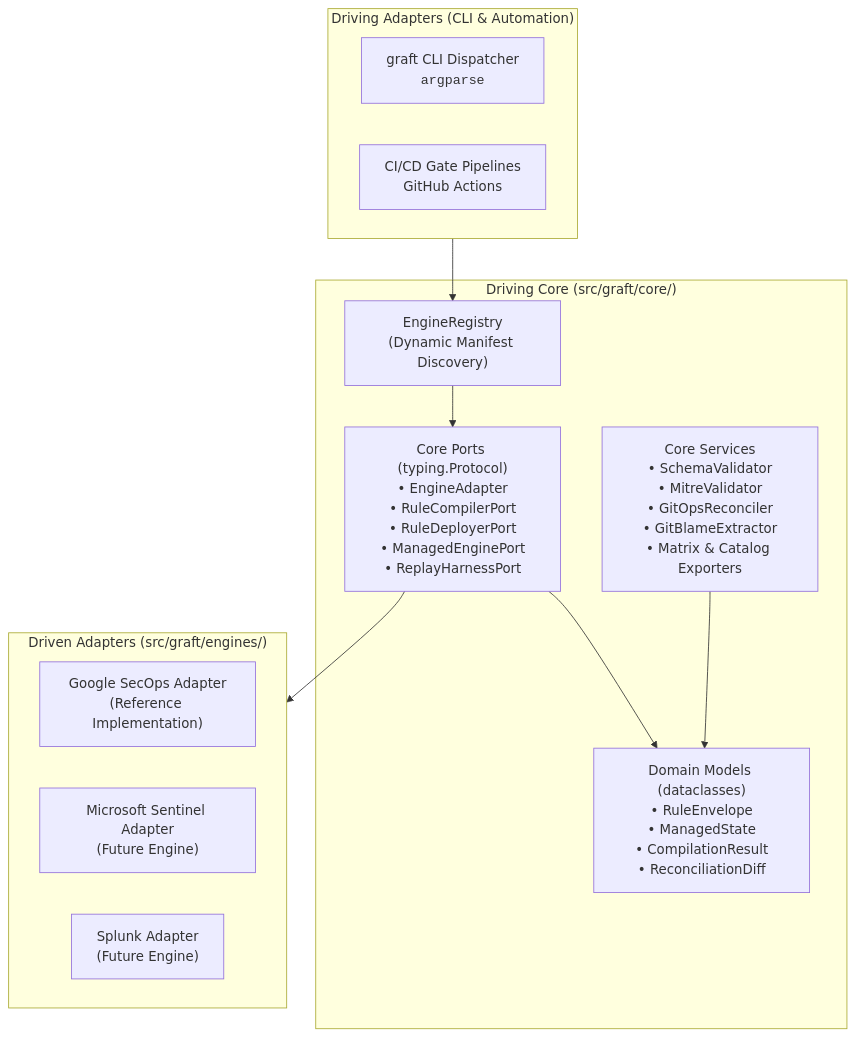
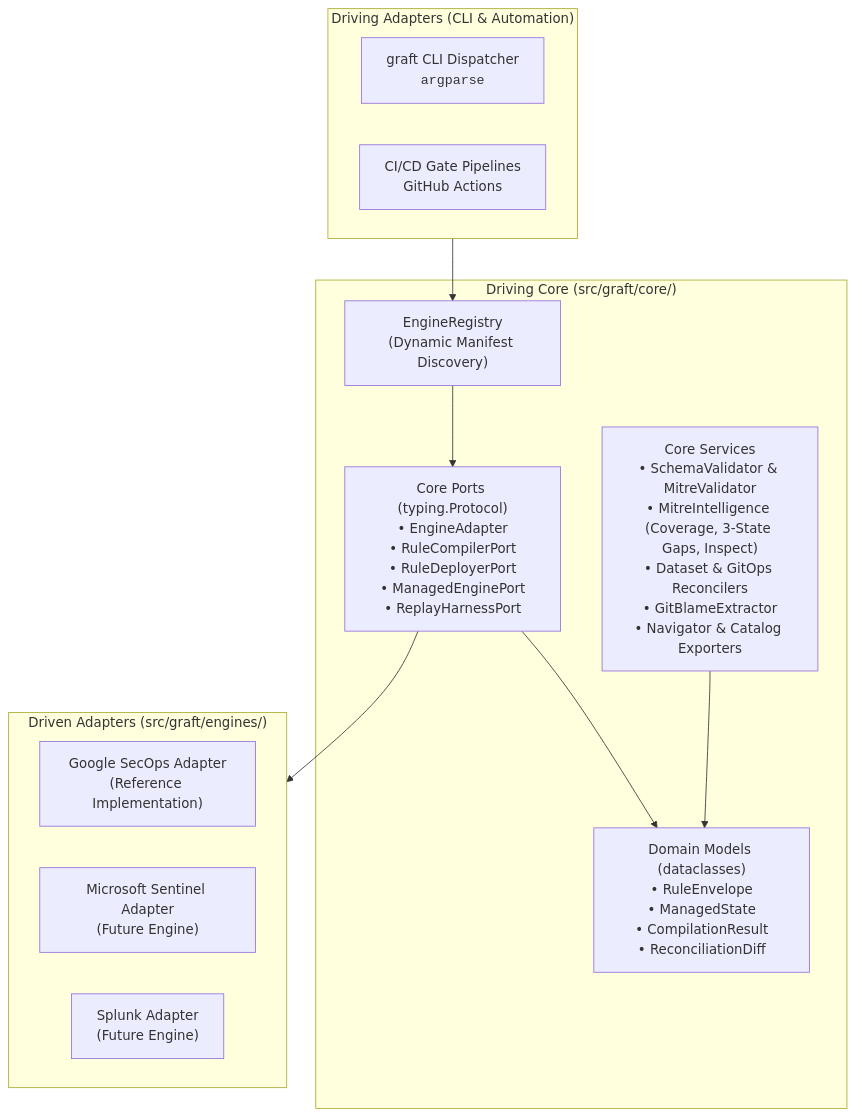
The diagram in docs/developers/README.md (lopes/graft), drawn with Mermaid before and after one commit. The commit also changed 32 other files, not shown here.

First line of the commit message:
core,cli,docs: add mitre v20.0 stix enrichments, gap analysis cli, an… (#43)

````diff
--- a/docs/developers/README.md
+++ b/docs/developers/README.md
@@ -16,26 +16,26 @@
 ```mermaid
 flowchart TD
     subgraph DrivingAdapters["Driving Adapters (CLI & Automation)"]
         CLI["graft CLI Dispatcher<br/><code>argparse</code>"]
         CI["CI/CD Gate Pipelines<br/>GitHub Actions"]
     end
 
     subgraph DrivingCore["Driving Core (src/graft/core/)"]
         PORTS["Core Ports (typing.Protocol)<br/>• EngineAdapter<br/>• RuleCompilerPort<br/>• RuleDeployerPort<br/>• ManagedEnginePort<br/>• ReplayHarnessPort"]
         MODELS["Domain Models (dataclasses)<br/>• RuleEnvelope<br/>• ManagedState<br/>• CompilationResult<br/>• ReconciliationDiff"]
-        SERVICES["Core Services<br/>• SchemaValidator<br/>• MitreValidator<br/>• GitOpsReconciler<br/>• GitBlameExtractor<br/>• Matrix & Catalog Exporters"]
+        SERVICES["Core Services<br/>• SchemaValidator &amp; MitreValidator<br/>• MitreIntelligence (Coverage, 3-State Gaps, Inspect)<br/>• Dataset &amp; GitOps Reconcilers<br/>• GitBlameExtractor<br/>• Navigator &amp; Catalog Exporters"]
         REGISTRY["EngineRegistry<br/>(Dynamic Manifest Discovery)"]
     end
 
     subgraph DrivenAdapters["Driven Adapters (src/graft/engines/)"]
         SECOPS["Google SecOps Adapter<br/>(Reference Implementation)"]
         SENTINEL["Microsoft Sentinel Adapter<br/>(Future Engine)"]
         SPLUNK["Splunk Adapter<br/>(Future Engine)"]
     end
 
     DrivingAdapters --> REGISTRY
     REGISTRY --> PORTS
     PORTS --> MODELS
     SERVICES --> MODELS
     PORTS --> DrivenAdapters
 ```
````
